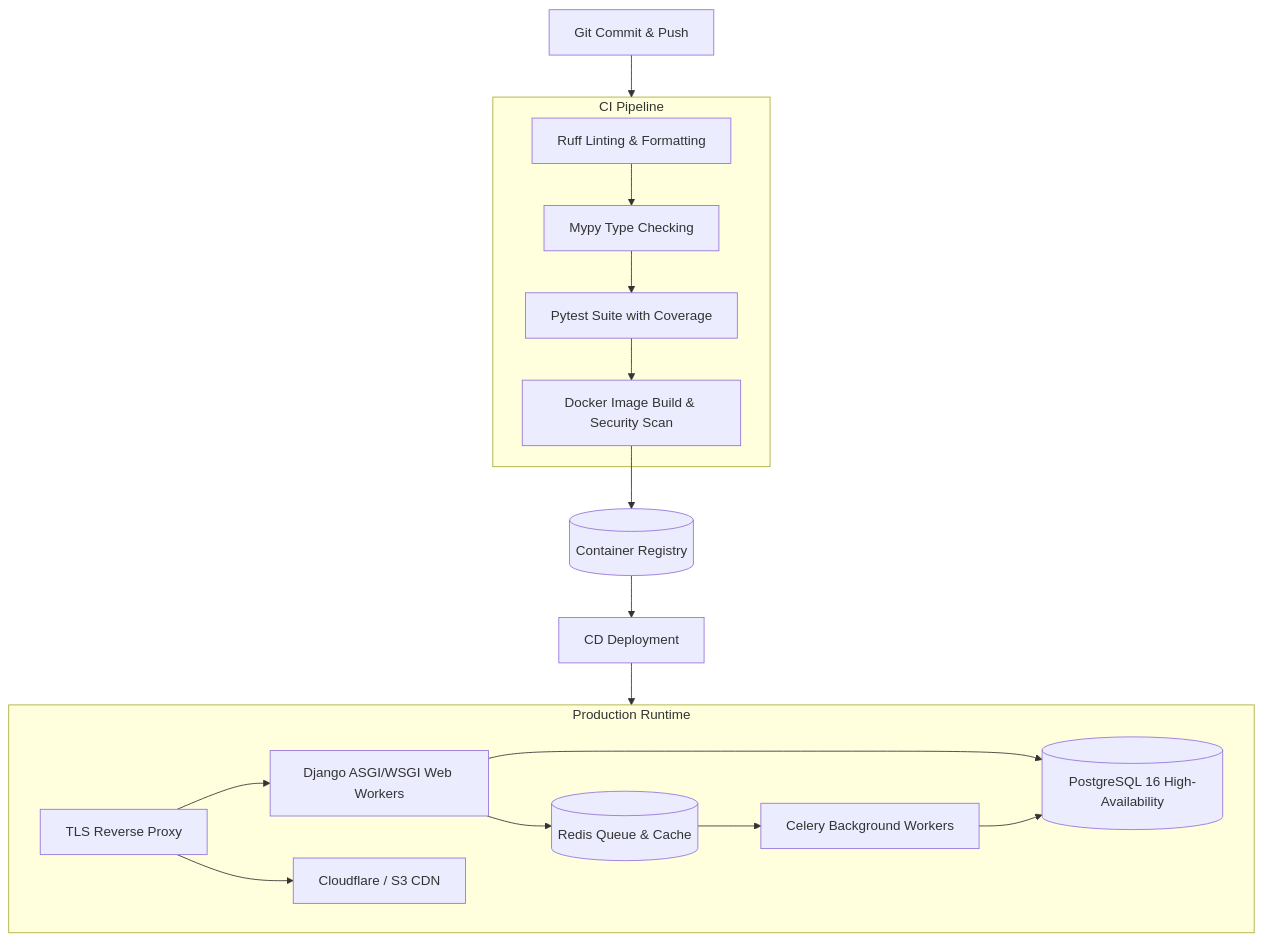
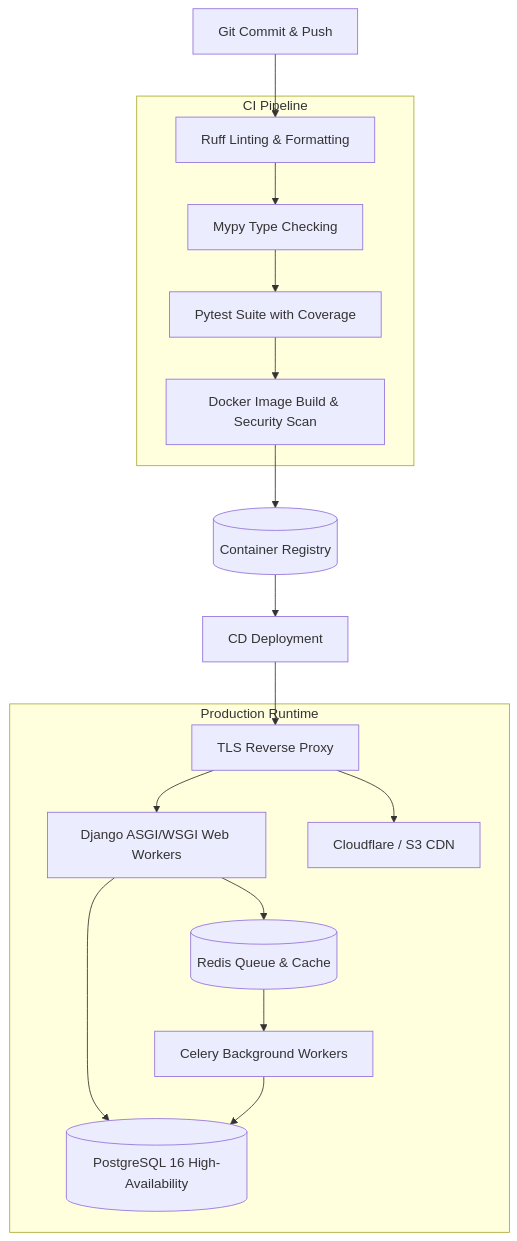
Before and after one commit to bendeze/portfolio-frontend: the eighth of 8 diagrams in content/articles/2026/django-application-design-from-requirements-to-production.md, drawn with Mermaid. The commit also changed other lines of this file and 2 other files, not shown here.

Commit message:
fix(diagrams): optimize font sizing, compact dimensions, and fix Section 3 mermaid syntax

````diff
--- a/content/articles/2026/django-application-design-from-requirements-to-production.md
+++ b/content/articles/2026/django-application-design-from-requirements-to-production.md
@@ -439,24 +439,24 @@
 ```mermaid
 flowchart TD
-    GitPush[Git Commit & Push] --> CIPipeline
+    GitPush["Git Commit & Push"] --> L1
     
     subgraph CIPipeline ["CI Pipeline"]
-        L1[Ruff Linting & Formatting] --> L2[Mypy Type Checking]
-        L2 --> L3[Pytest Suite with Coverage]
-        L3 --> L4[Docker Image Build & Security Scan]
+        L1["Ruff Linting & Formatting"] --> L2["Mypy Type Checking"]
+        L2 --> L3["Pytest Suite with Coverage"]
+        L3 --> L4["Docker Image Build & Security Scan"]
     end
     
-    L4 --> Registry[(Container Registry)]
-    Registry --> CD[CD Deployment]
+    L4 --> Registry[("Container Registry")]
+    Registry --> CD["CD Deployment"]
     
     subgraph ProductionRuntime ["Production Runtime"]
-        Traefik[TLS Reverse Proxy] --> Web[Django ASGI/WSGI Web Workers]
-        Traefik --> Static[Cloudflare / S3 CDN]
-        Web --> DB[(PostgreSQL 16 High-Availability)]
-        Web --> Redis[(Redis Queue & Cache)]
-        Redis --> Workers[Celery Background Workers]
+        Traefik["TLS Reverse Proxy"] --> Web["Django ASGI/WSGI Web Workers"]
+        Traefik --> Static["Cloudflare / S3 CDN"]
+        Web --> DB[("PostgreSQL 16 High-Availability")]
+        Web --> Redis[("Redis Queue & Cache")]
+        Redis --> Workers["Celery Background Workers"]
         Workers --> DB
     end
     
-    CD --> ProductionRuntime
+    CD --> Traefik
 ```
````
